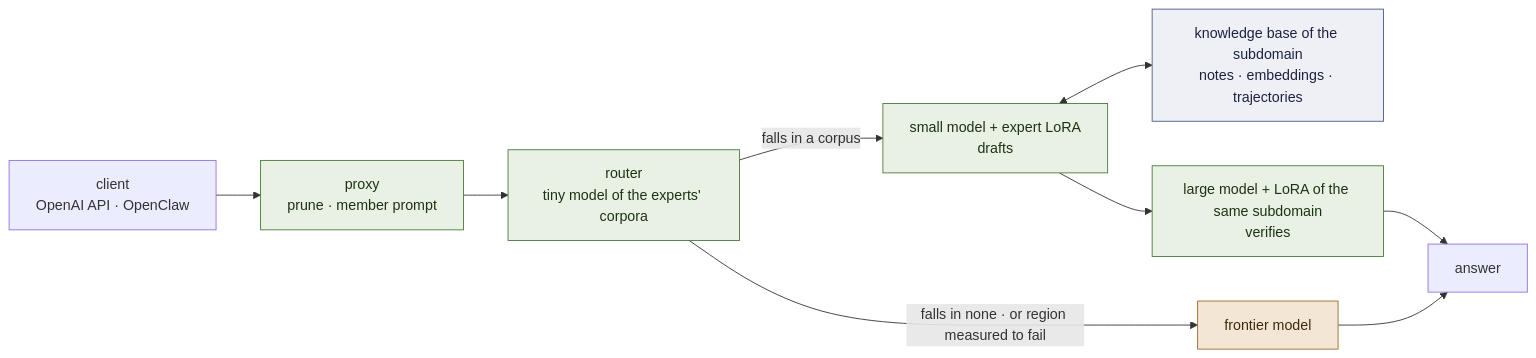
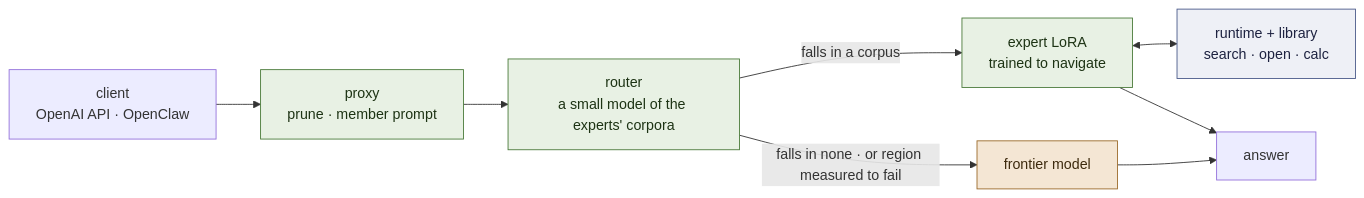
One commit to EvolvingAgentsLabs/lora-kernel changed the diagram in README.md. Above: the diagram before and after it, drawn with Mermaid. The commit also changed other lines of this file and 32 other files, not shown here.

First line of the commit message:
The core of 1.0: the memory specified, README rewritten — and M7 arm 0b: the expert that reasons is 90/90 served as its corpus taught (#231)

````diff
--- a/README.md
+++ b/README.md
@@ -51,17 +169,16 @@
 ```mermaid
 flowchart LR
     C["client<br>OpenAI API · OpenClaw"] --> P["proxy<br>prune · member prompt"]
-    P --> R["router<br>tiny model of the experts' corpora"]
-    R -- "falls in a corpus" --> S["small model + expert LoRA<br>drafts"]
-    S <--> K["knowledge base of the subdomain<br>notes · embeddings · trajectories"]
-    S --> L["large model + LoRA of the same subdomain<br>verifies"]
+    P --> R["router<br>a small model of the experts' corpora"]
+    R -- "falls in a corpus" --> E["expert LoRA<br>trained to navigate"]
+    E <--> M["runtime + library<br>search · open · calc"]
     R -- "falls in none · or region measured to fail" --> F["frontier model"]
-    L --> A["answer"]
+    E --> A["answer"]
     F --> A
     classDef local fill:#e8f1e4,stroke:#4a7a3a,color:#1d3314
+    classDef art fill:#eef0f6,stroke:#4a5a8a,color:#1d2240
     classDef out fill:#f4e6d4,stroke:#9a6a2a,color:#3d2a0e
-    class P,R,S,L local
+    class P,R,E local
+    class M art
     class F out
-    classDef art fill:#eef0f6,stroke:#4a5a8a,color:#1d2240
-    class K art
 ```
````
